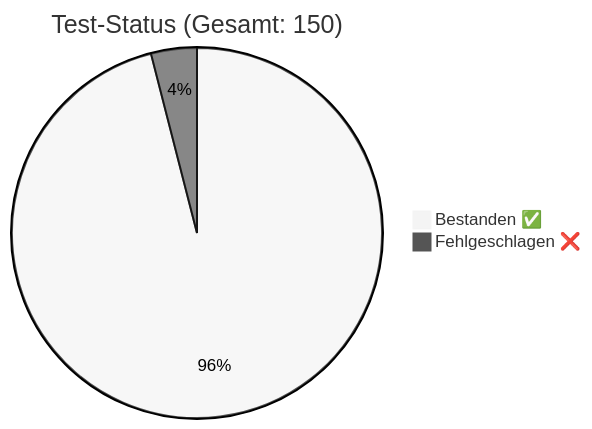
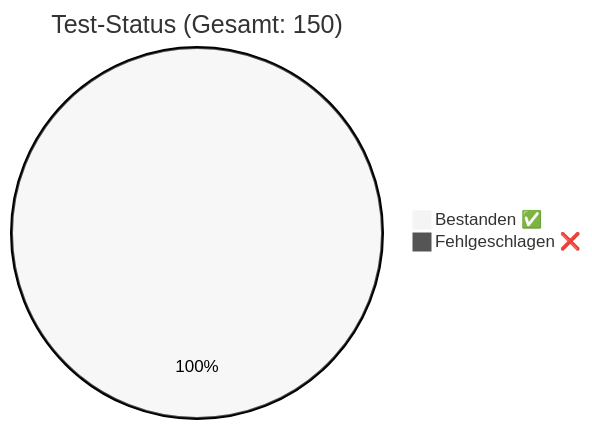
One commit to rorila/GCS changed the diagram in docs/QA_Report.md. Above: the diagram before and after it, drawn with Mermaid (neutral theme). The commit also changed other lines of this file and 24 other files, not shown here.

````diff
--- a/docs/QA_Report.md
+++ b/docs/QA_Report.md
@@ -7,5 +7,5 @@
 ```mermaid
 pie title Test-Status (Gesamt: 150)
-    "Bestanden ✅" : 144
-    "Fehlgeschlagen ❌" : 6
+    "Bestanden ✅" : 150
+    "Fehlgeschlagen ❌" : 0
 ```
````
